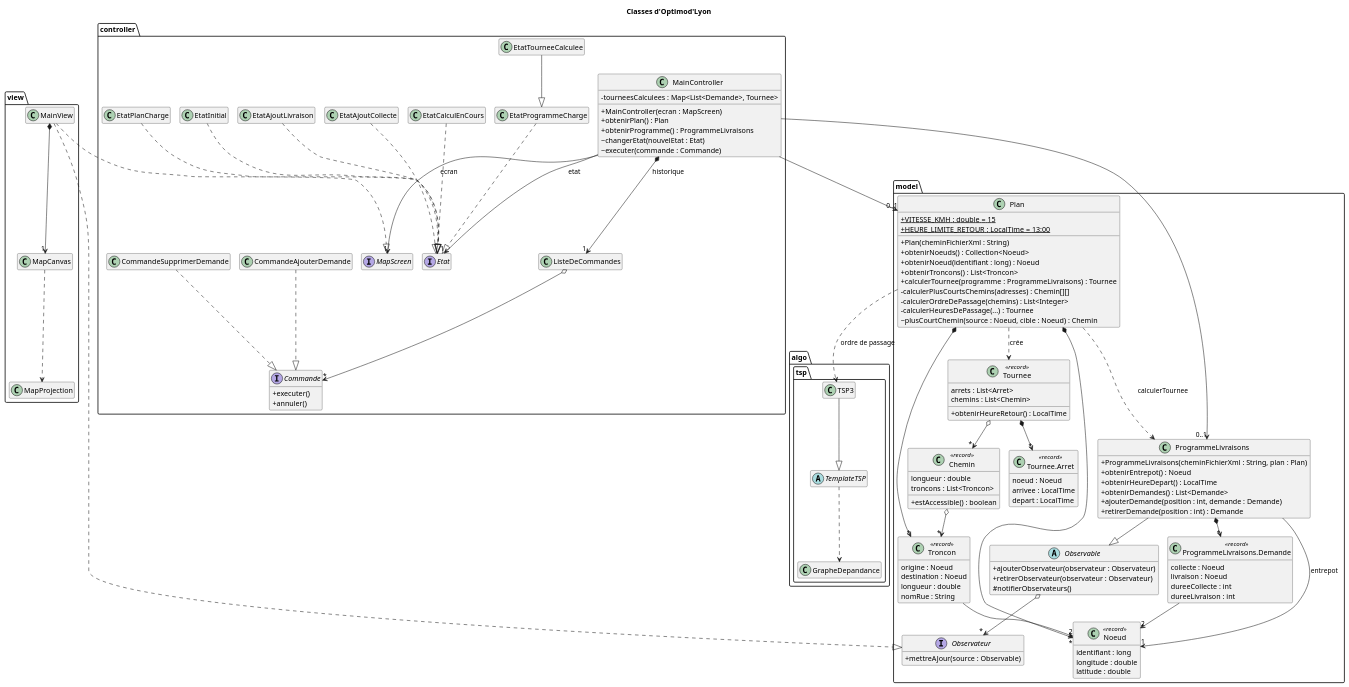
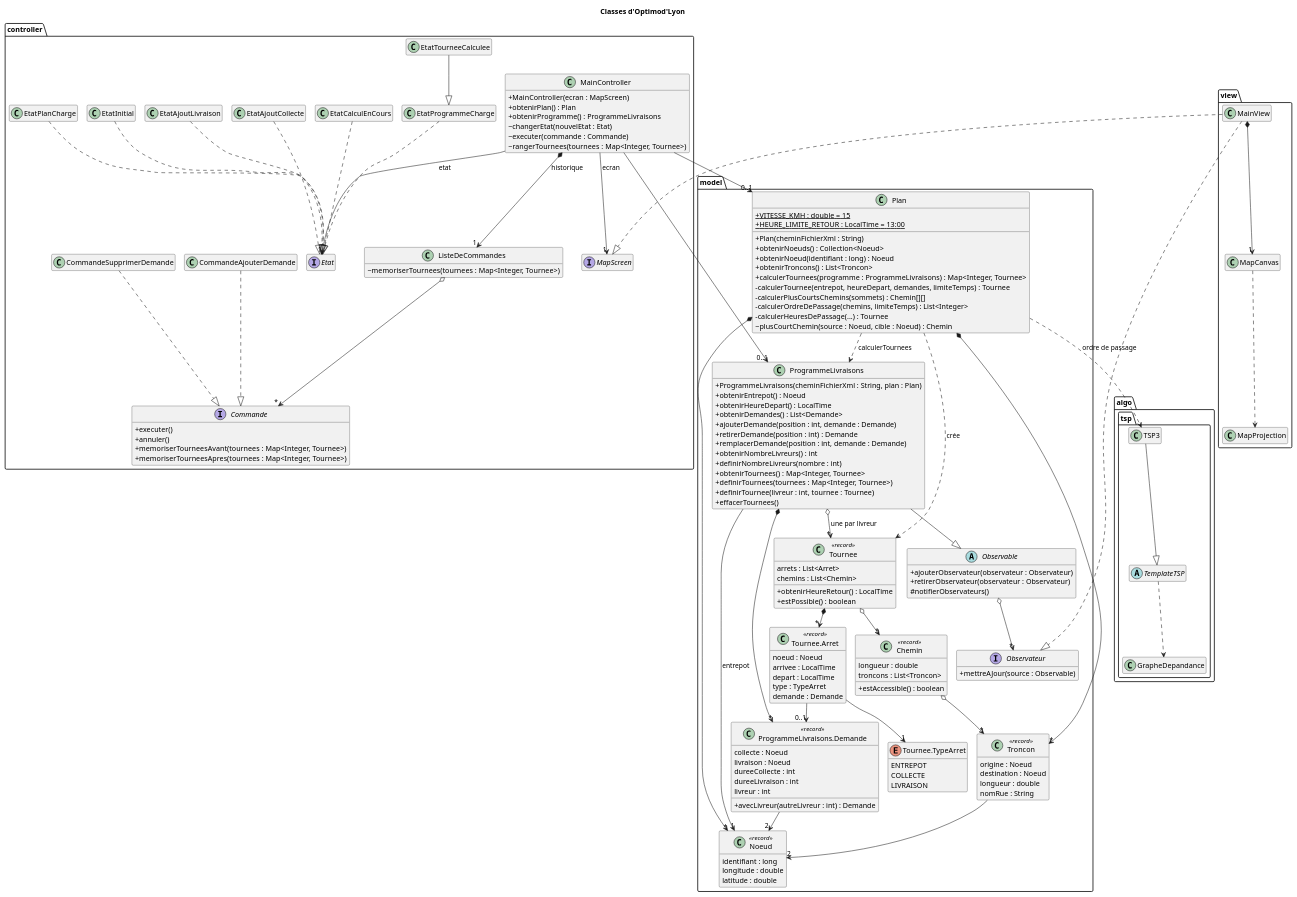
Before and after one commit to tristanhp/Optimod-Lyon: the diagram in docs/diagrams/classes.puml, drawn with PlantUML. The commit also changed 9 other files, not shown here.

First line of the commit message:
docs: TIG-95 ADR 0006, diagrammes et README pour plusieurs livreurs

```diff
--- a/docs/diagrams/classes.puml
+++ b/docs/diagrams/classes.puml
@@ -1,147 +1,172 @@
 @startuml classes
 !pragma layout smetana
 title Classes d'Optimod'Lyon
 skinparam classAttributeIconSize 0
 hide empty members
 
 package "model" {
   class Plan {
     +{static} VITESSE_KMH : double = 15
     +{static} HEURE_LIMITE_RETOUR : LocalTime = 13:00
     +Plan(cheminFichierXml : String)
     +obtenirNoeuds() : Collection<Noeud>
     +obtenirNoeud(identifiant : long) : Noeud
     +obtenirTroncons() : List<Troncon>
-    +calculerTournee(programme : ProgrammeLivraisons) : Tournee
-    -calculerPlusCourtsChemins(adresses) : Chemin[][]
-    -calculerOrdreDePassage(chemins) : List<Integer>
+    +calculerTournees(programme : ProgrammeLivraisons) : Map<Integer, Tournee>
+    -calculerTournee(entrepot, heureDepart, demandes, limiteTemps) : Tournee
+    -calculerPlusCourtsChemins(sommets) : Chemin[][]
+    -calculerOrdreDePassage(chemins, limiteTemps) : List<Integer>
     -calculerHeuresDePassage(...) : Tournee
     ~plusCourtChemin(source : Noeud, cible : Noeud) : Chemin
   }
   class Noeud <<record>> {
     identifiant : long
     longitude : double
     latitude : double
   }
   class Troncon <<record>> {
     origine : Noeud
     destination : Noeud
     longueur : double
     nomRue : String
   }
   class Chemin <<record>> {
     longueur : double
     troncons : List<Troncon>
     +estAccessible() : boolean
   }
   abstract class Observable {
     +ajouterObservateur(observateur : Observateur)
     +retirerObservateur(observateur : Observateur)
     #notifierObservateurs()
   }
   interface Observateur {
     +mettreAJour(source : Observable)
   }
   class ProgrammeLivraisons {
     +ProgrammeLivraisons(cheminFichierXml : String, plan : Plan)
     +obtenirEntrepot() : Noeud
     +obtenirHeureDepart() : LocalTime
     +obtenirDemandes() : List<Demande>
     +ajouterDemande(position : int, demande : Demande)
     +retirerDemande(position : int) : Demande
+    +remplacerDemande(position : int, demande : Demande)
+    +obtenirNombreLivreurs() : int
+    +definirNombreLivreurs(nombre : int)
+    +obtenirTournees() : Map<Integer, Tournee>
+    +definirTournees(tournees : Map<Integer, Tournee>)
+    +definirTournee(livreur : int, tournee : Tournee)
+    +effacerTournees()
   }
   class "ProgrammeLivraisons.Demande" as Demande <<record>> {
     collecte : Noeud
     livraison : Noeud
     dureeCollecte : int
     dureeLivraison : int
+    livreur : int
+    +avecLivreur(autreLivreur : int) : Demande
   }
   class Tournee <<record>> {
     arrets : List<Arret>
     chemins : List<Chemin>
     +obtenirHeureRetour() : LocalTime
+    +estPossible() : boolean
   }
   class "Tournee.Arret" as Arret <<record>> {
     noeud : Noeud
     arrivee : LocalTime
     depart : LocalTime
+    type : TypeArret
+    demande : Demande
+  }
+  enum "Tournee.TypeArret" as TypeArret {
+    ENTREPOT
+    COLLECTE
+    LIVRAISON
   }
 }
 
 package "algo.tsp" {
   abstract class TemplateTSP
   class TSP3
   class GrapheDepandance
 }
 
 package "controller" {
   class MainController {
     +MainController(ecran : MapScreen)
     +obtenirPlan() : Plan
     +obtenirProgramme() : ProgrammeLivraisons
     ~changerEtat(nouvelEtat : Etat)
     ~executer(commande : Commande)
-    -tourneesCalculees : Map<List<Demande>, Tournee>
+    ~rangerTournees(tournees : Map<Integer, Tournee>)
   }
   interface MapScreen
   interface Etat
   class EtatInitial
   class EtatPlanCharge
   class EtatProgrammeCharge
   class EtatTourneeCalculee
   class EtatCalculEnCours
   class EtatAjoutCollecte
   class EtatAjoutLivraison
   interface Commande {
     +executer()
     +annuler()
+    +memoriserTourneesAvant(tournees : Map<Integer, Tournee>)
+    +memoriserTourneesApres(tournees : Map<Integer, Tournee>)
   }
-  class ListeDeCommandes
+  class ListeDeCommandes {
+    ~memoriserTournees(tournees : Map<Integer, Tournee>)
+  }
   class CommandeAjouterDemande
   class CommandeSupprimerDemande
 }
 
 package "view" {
   class MainView
   class MapCanvas
   class MapProjection
 }
 
 Plan *--> "*" Noeud
 Plan *--> "*" Troncon
 Troncon --> "2" Noeud
 Chemin o--> "*" Troncon
-Plan ..> ProgrammeLivraisons : calculerTournee
+Plan ..> ProgrammeLivraisons : calculerTournees
 Plan ..> Tournee : crée
 Plan ..> TSP3 : ordre de passage
 TSP3 --|> TemplateTSP
 TemplateTSP ..> GrapheDepandance
 ProgrammeLivraisons --|> Observable
 Observable o--> "*" Observateur
 ProgrammeLivraisons *--> "*" Demande
 ProgrammeLivraisons --> "1" Noeud : entrepot
+ProgrammeLivraisons o--> "*" Tournee : une par livreur
 Demande --> "2" Noeud
 Tournee *--> "*" Arret
+Arret --> "1" TypeArret
+Arret --> "0..1" Demande
 Tournee o--> "*" Chemin
 
 MainController --> "1" MapScreen : ecran
 MainController --> "1" Etat : etat
 MainController *--> "1" ListeDeCommandes : historique
 MainController --> "0..1" Plan
 MainController --> "0..1" ProgrammeLivraisons
 EtatInitial ..|> Etat
 EtatPlanCharge ..|> Etat
 EtatProgrammeCharge ..|> Etat
 EtatTourneeCalculee --|> EtatProgrammeCharge
 EtatCalculEnCours ..|> Etat
 EtatAjoutCollecte ..|> Etat
 EtatAjoutLivraison ..|> Etat
 ListeDeCommandes o--> "*" Commande
 CommandeAjouterDemande ..|> Commande
 CommandeSupprimerDemande ..|> Commande
 
 MainView ..|> MapScreen
 MainView ..|> Observateur
 MainView *--> "1" MapCanvas
 MapCanvas ..> MapProjection
 @enduml
```
